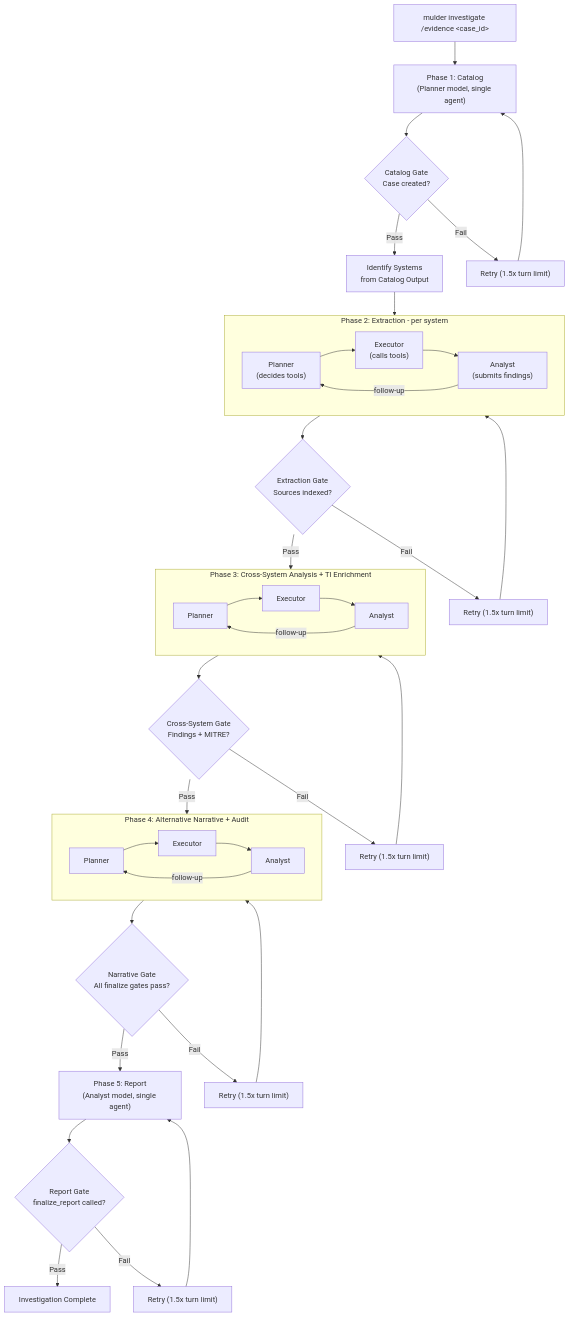
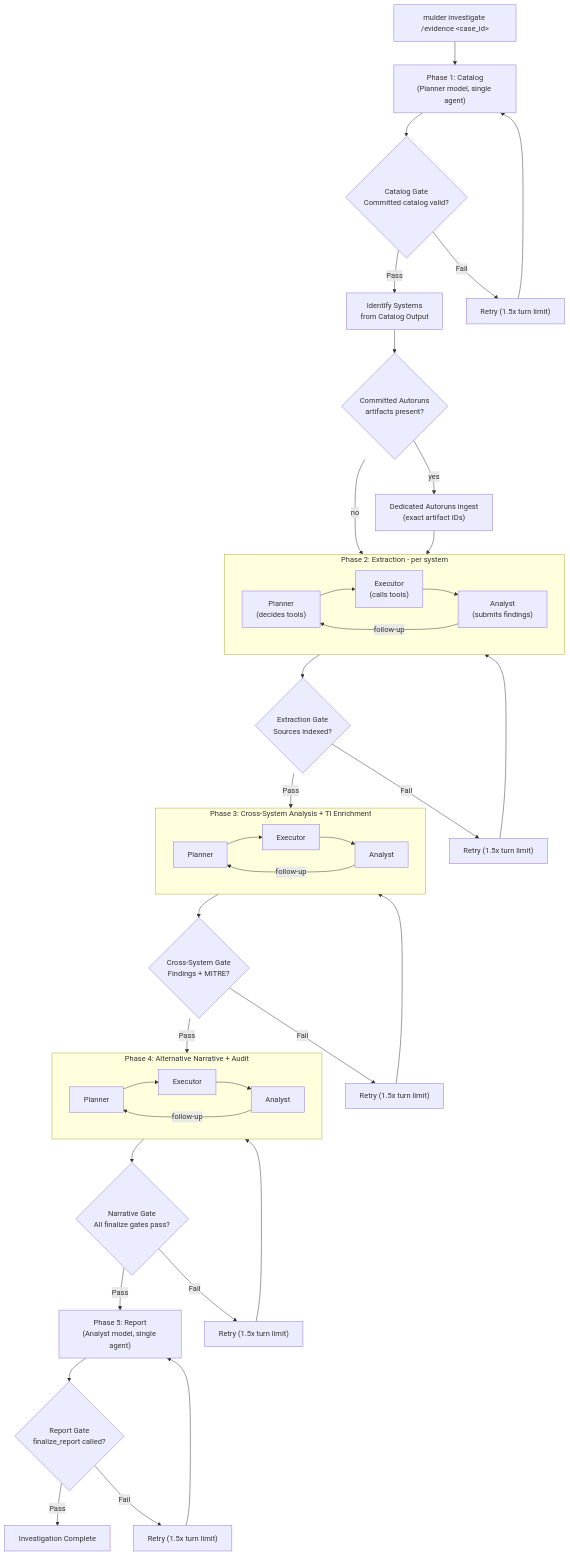
The third of 6 diagrams in docs/architecture.md (calebevans/mulder), drawn with Mermaid before and after one commit. The commit also changed other lines of this file and 25 other files, not shown here.

````diff
--- a/docs/architecture.md
+++ b/docs/architecture.md
@@ -111,50 +111,53 @@
 ```mermaid
 flowchart TD
     start["mulder investigate /evidence &lt;case_id&gt;"] --> catalog
     catalog["Phase 1: Catalog\n(Planner model, single agent)"]
-    catalog --> catalogGate{"Catalog Gate\nCase created?"}
+    catalog --> catalogGate{"Catalog Gate\nCommitted catalog valid?"}
     catalogGate -->|"Pass"| identifySystems["Identify Systems\nfrom Catalog Output"]
     catalogGate -->|"Fail"| retryC["Retry (1.5x turn limit)"]
     retryC --> catalog
 
-    identifySystems --> extraction
+    identifySystems --> autoruns{"Committed Autoruns\nartifacts present?"}
+    autoruns -->|"yes"| autorunsIngest["Dedicated Autoruns ingest\n(exact artifact IDs)"]
+    autoruns -->|"no"| extraction
+    autorunsIngest --> extraction
 
     subgraph extraction [Phase 2: Extraction - per system]
         ep["Planner\n(decides tools)"]
         ee["Executor\n(calls tools)"]
         ea["Analyst\n(submits findings)"]
         ep --> ee --> ea
         ea -->|"follow-up"| ep
     end
 
     extraction --> extractionGate{"Extraction Gate\nSources indexed?"}
     extractionGate -->|"Pass"| crossSystem
     extractionGate -->|"Fail"| retryE["Retry (1.5x turn limit)"]
     retryE --> extraction
 
     subgraph crossSystem [Phase 3: Cross-System Analysis + TI Enrichment]
         cp["Planner"] --> ce["Executor"] --> ca["Analyst"]
         ca -->|"follow-up"| cp
     end
 
     crossSystem --> crossGate{"Cross-System Gate\nFindings + MITRE?"}
     crossGate -->|"Pass"| altNarrative
     crossGate -->|"Fail"| retryCS["Retry (1.5x turn limit)"]
     retryCS --> crossSystem
 
     subgraph altNarrative [Phase 4: Alternative Narrative + Audit]
         np["Planner"] --> ne["Executor"] --> na["Analyst"]
         na -->|"follow-up"| np
     end
 
     altNarrative --> narrativeGate{"Narrative Gate\nAll finalize gates pass?"}
     narrativeGate -->|"Pass"| report
     narrativeGate -->|"Fail"| retryN["Retry (1.5x turn limit)"]
     retryN --> altNarrative
 
     report["Phase 5: Report\n(Analyst model, single agent)"]
     report --> reportGate{"Report Gate\nfinalize_report called?"}
     reportGate -->|"Pass"| done["Investigation Complete"]
     reportGate -->|"Fail"| retryR["Retry (1.5x turn limit)"]
     retryR --> report
 ```
````
